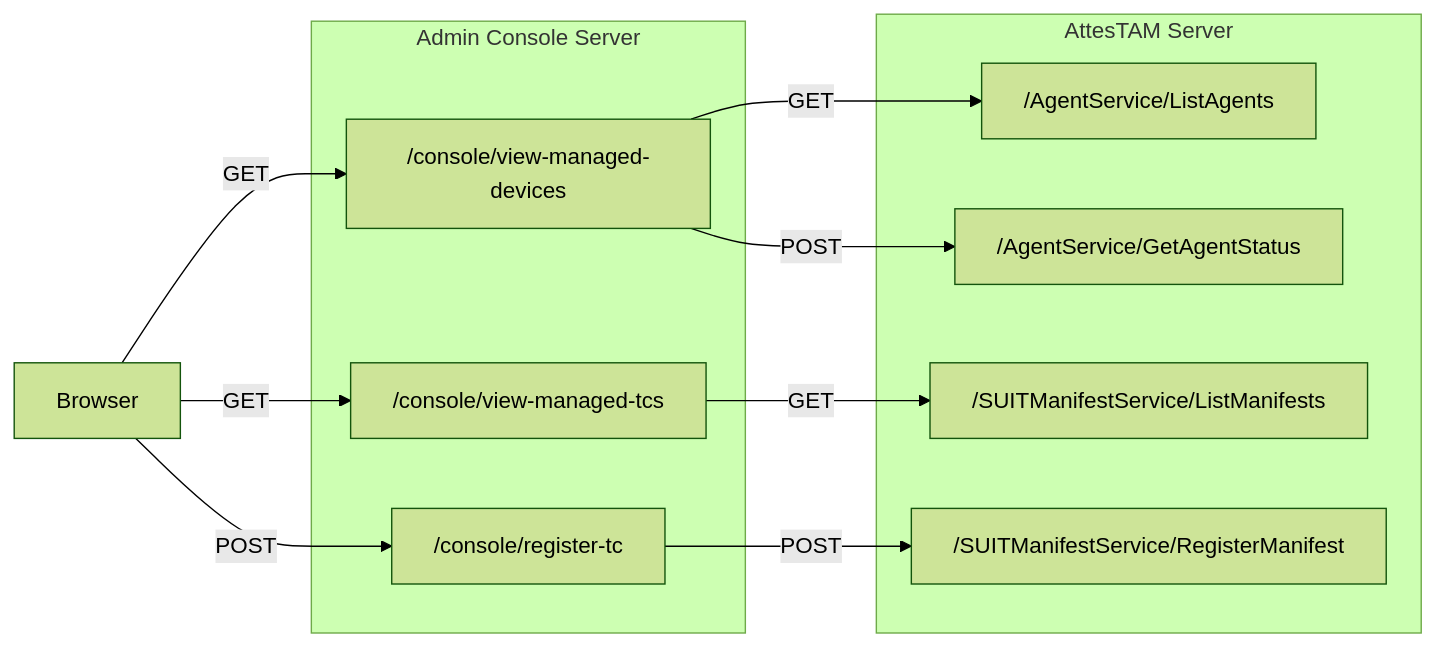
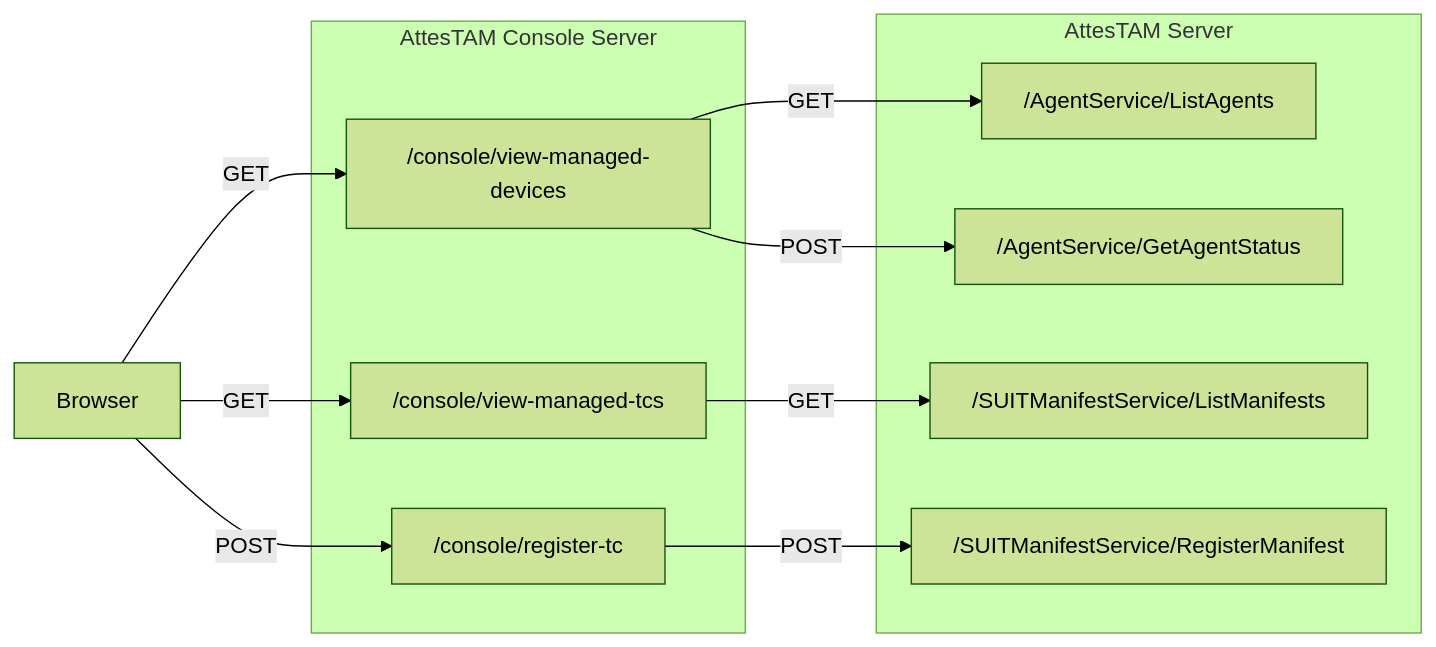
The second of 2 diagrams in doc/ADMIN_CONSOLE_EXTERNAL_DESIGN.md (kentakayama/AttesTAM), drawn with Mermaid (forest theme) before and after one commit. The commit also changed other lines of this file and 10 other files, not shown here.

Commit message:
Rename Admin Console branding to AttesTAM Console

````diff
--- a/doc/ADMIN_CONSOLE_EXTERNAL_DESIGN.md
+++ b/doc/ADMIN_CONSOLE_EXTERNAL_DESIGN.md
@@ -57,22 +57,22 @@
 ```mermaid
 flowchart LR
   BC[Browser]
-  subgraph AC[Admin Console Server]
+  subgraph AC[AttesTAM Console Server]
     C_VMD["/console/view-managed-devices"]
     C_VMTC["/console/view-managed-tcs"]
     C_RTC["/console/register-tc"]
   end
   subgraph TAM[AttesTAM Server]
     AS_LA["/AgentService/ListAgents"]
     AS_GAS["/AgentService/GetAgentStatus"]
     SMS_LM["/SUITManifestService/ListManifests"]
     SMS_RM["/SUITManifestService/RegisterManifest"]
   end
   BC -->|GET| C_VMD
   BC -->|GET| C_VMTC
   BC -->|POST| C_RTC
   C_VMD -->|GET| AS_LA
   C_VMD -->|POST| AS_GAS
   C_VMTC -->|GET| SMS_LM
   C_RTC -->|POST| SMS_RM
 ```
````
